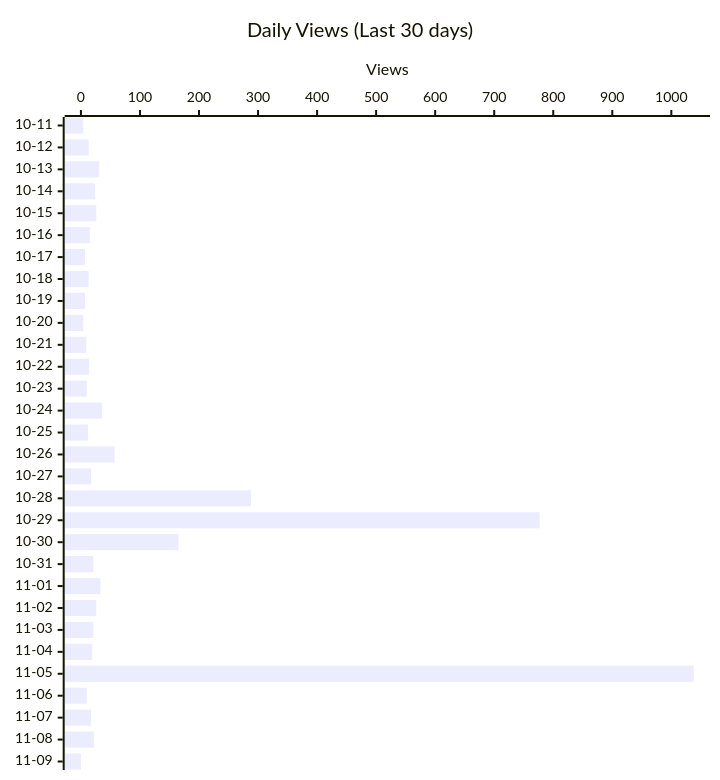
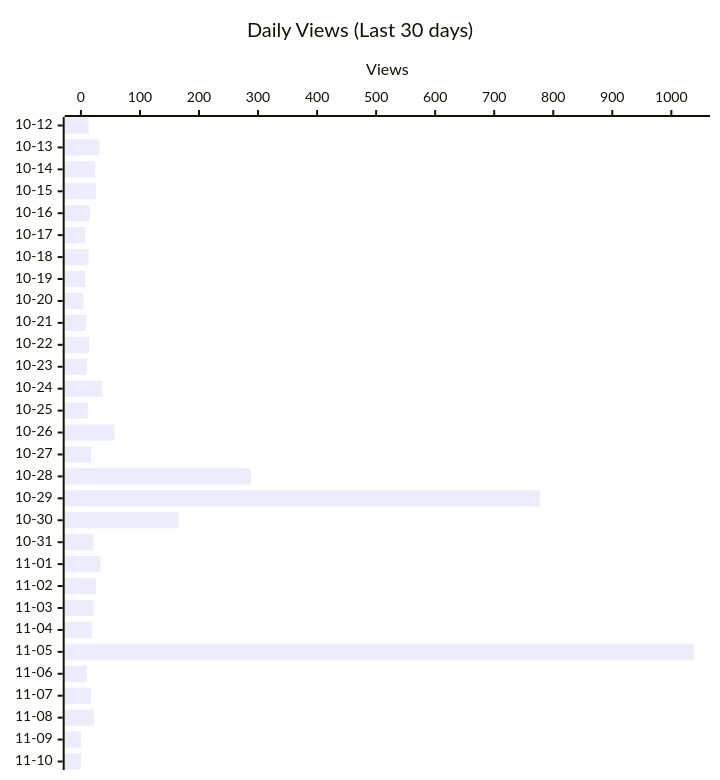
Before and after one commit to shigechika/github-insights: the second of 4 diagrams in README.md, drawn with Mermaid. The commit also changed other lines of this file and 1 other file, not shown here.

````diff
--- a/README.md
+++ b/README.md
@@ -28,12 +28,12 @@
 ```mermaid
 ---
 config:
   xyChart:
     height: 760
 ---
 xychart-beta horizontal
     title "Daily Views (Last 30 days)"
-    x-axis ["10-11", "10-12", "10-13", "10-14", "10-15", "10-16", "10-17", "10-18", "10-19", "10-20", "10-21", "10-22", "10-23", "10-24", "10-25", "10-26", "10-27", "10-28", "10-29", "10-30", "10-31", "11-01", "11-02", "11-03", "11-04", "11-05", "11-06", "11-07", "11-08", "11-09"]
+    x-axis ["10-12", "10-13", "10-14", "10-15", "10-16", "10-17", "10-18", "10-19", "10-20", "10-21", "10-22", "10-23", "10-24", "10-25", "10-26", "10-27", "10-28", "10-29", "10-30", "10-31", "11-01", "11-02", "11-03", "11-04", "11-05", "11-06", "11-07", "11-08", "11-09", "11-10"]
     y-axis "Views"
-    bar [4, 13, 31, 24, 26, 15, 7, 13, 7, 4, 9, 14, 10, 36, 12, 57, 17, 288, 777, 165, 21, 33, 26, 21, 19, 1038, 10, 17, 22, 0]
+    bar [13, 31, 24, 26, 15, 7, 13, 7, 4, 9, 14, 10, 36, 12, 57, 17, 288, 777, 165, 21, 33, 26, 21, 19, 1038, 10, 17, 22, 0, 0]
 ```
````
